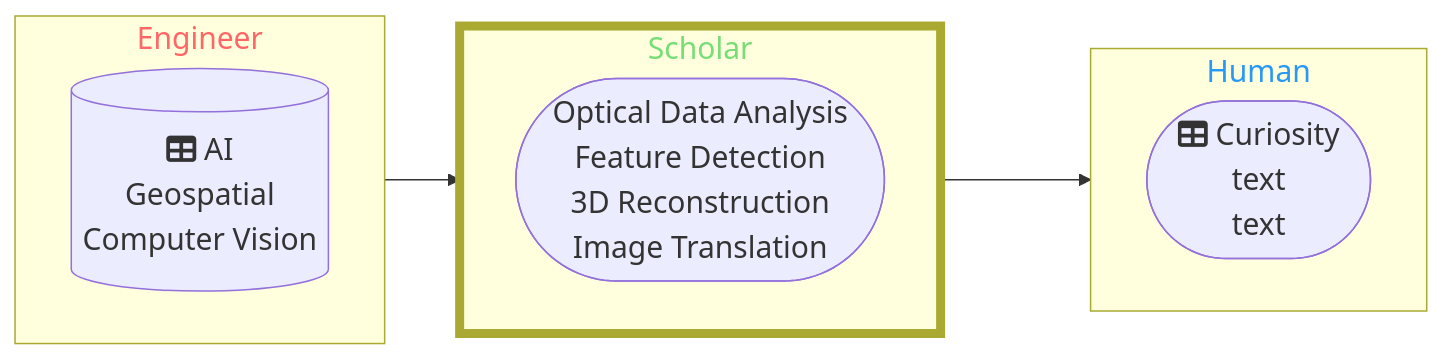
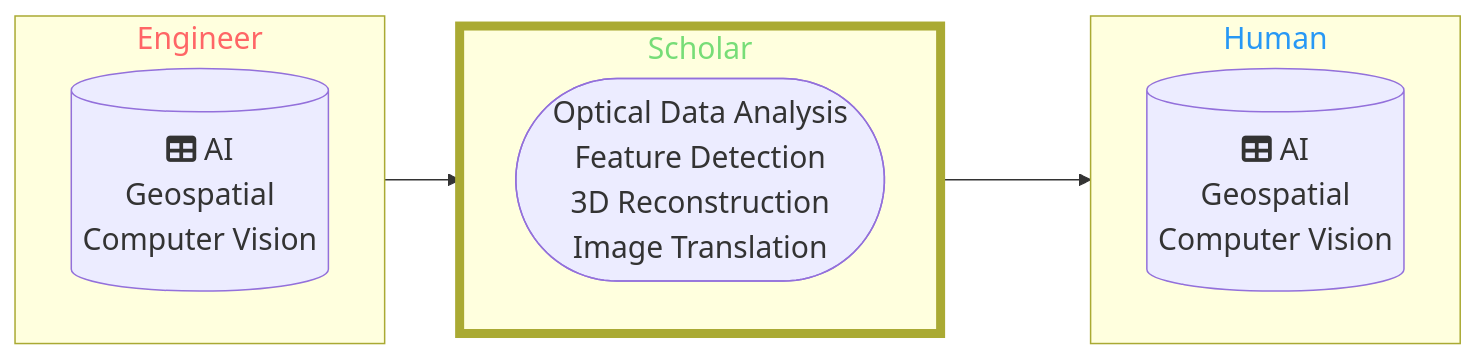
Before and after one commit to DippoldEJ/DippoldEJ: the first of 2 diagrams in README.md, drawn with Mermaid.

````diff
--- a/README.md
+++ b/README.md
@@ -3,33 +3,33 @@
 ```mermaid
 flowchart LR;
 %%{init: {
 	'themeVariables': { 'fontSize': '20px', 'fontFamily': 'Didot'}
 	}
 }%%
 
 subgraph n[Engineer]
 direction LR;
         b[(fa:fa-table AI <br> Geospatial <br> Computer Vision)]
     end
 
 subgraph o[Scholar]
 direction LR;
         j([Optical Data Analysis <br> Feature Detection <br> 3D Reconstruction <br> Image Translation])
 
     end
 
  subgraph p[Human]
   direction LR;
-    a([fa:fa-table Curiosity <br /> text  <br />  text])
+    a[(fa:fa-table AI <br> Geospatial <br> Computer Vision)]
     end
 
 style n color:#f66
 style o stroke-width:6px
 style o color:#77DD77
 style p color:#2798F5
 
 
 n-->o
 o-->p
 
 ```
````
